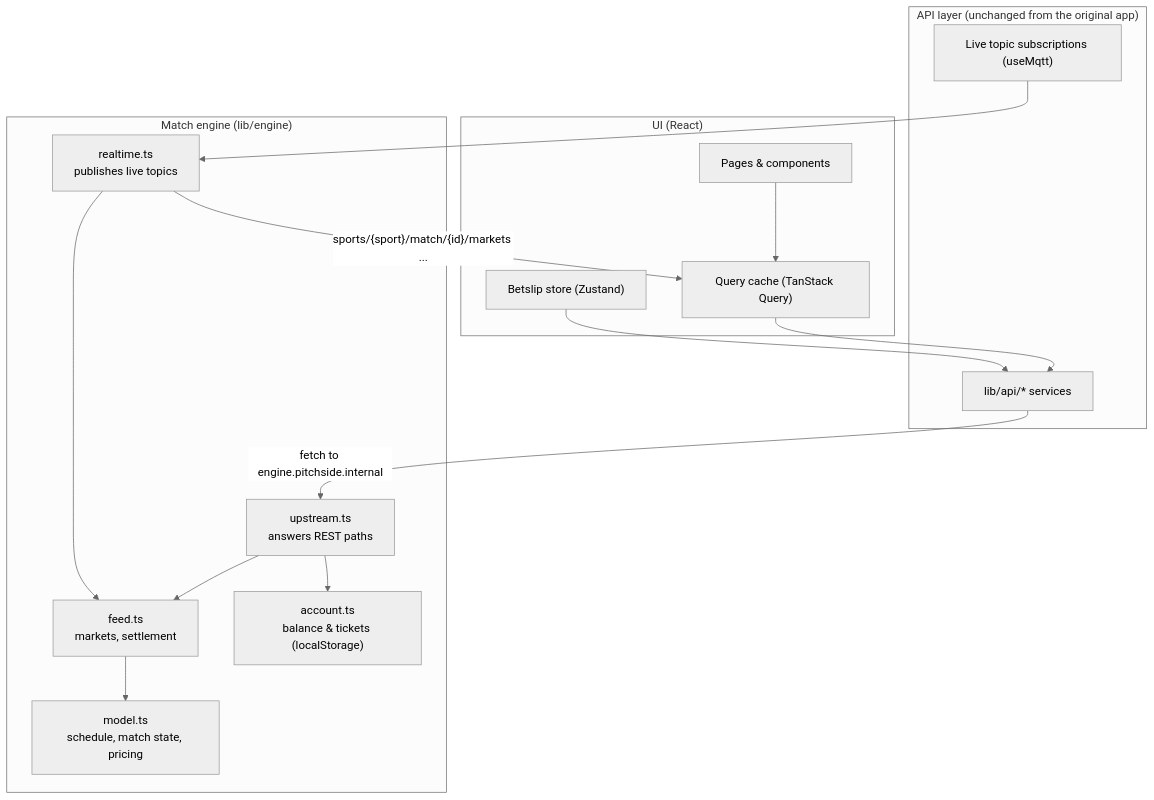
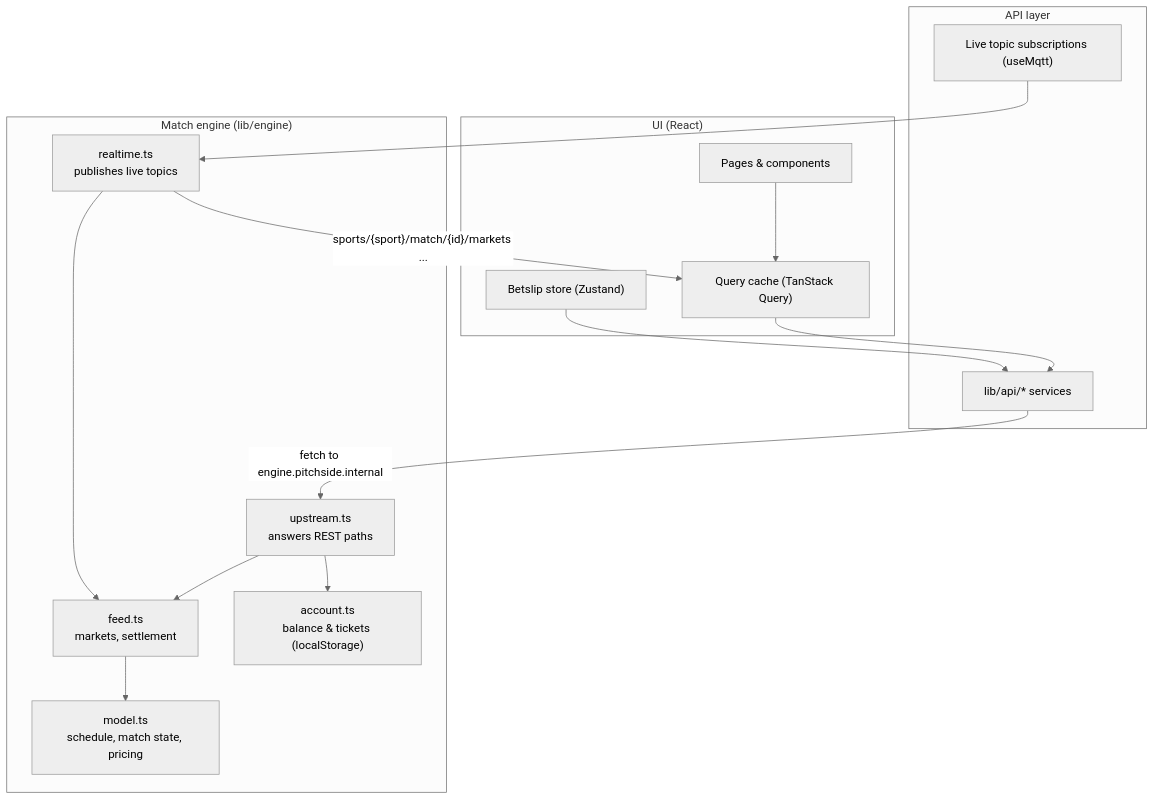
One commit to loluskii/pitchside changed the first of 2 diagrams in docs/architecture.md. Above: the diagram before and after it, drawn with Mermaid (neutral theme). The commit also changed other lines of this file and 8 other files, not shown here.

````diff
--- a/docs/architecture.md
+++ b/docs/architecture.md
@@ -7,30 +7,30 @@
 ```mermaid
 flowchart TB
   subgraph UI["UI (React)"]
     Pages["Pages & components"]
     Slip["Betslip store (Zustand)"]
     Cache["Query cache (TanStack Query)"]
   end
 
-  subgraph Client["API layer (unchanged from the original app)"]
+  subgraph Client["API layer"]
     Services["lib/api/* services"]
     Live["Live topic subscriptions (useMqtt)"]
   end
 
   subgraph Engine["Match engine (lib/engine)"]
     Upstream["upstream.ts<br/>answers REST paths"]
     Realtime["realtime.ts<br/>publishes live topics"]
     Feed["feed.ts<br/>markets, settlement"]
     Model["model.ts<br/>schedule, match state, pricing"]
     Ledger["account.ts<br/>balance & tickets (localStorage)"]
   end
 
   Pages --> Cache --> Services
   Slip --> Services
   Services -- "fetch to engine.pitchside.internal" --> Upstream
   Live --> Realtime
   Realtime -- "sports/{sport}/match/{id}/markets ..." --> Cache
   Upstream --> Feed --> Model
   Upstream --> Ledger
   Realtime --> Feed
 ```
````
